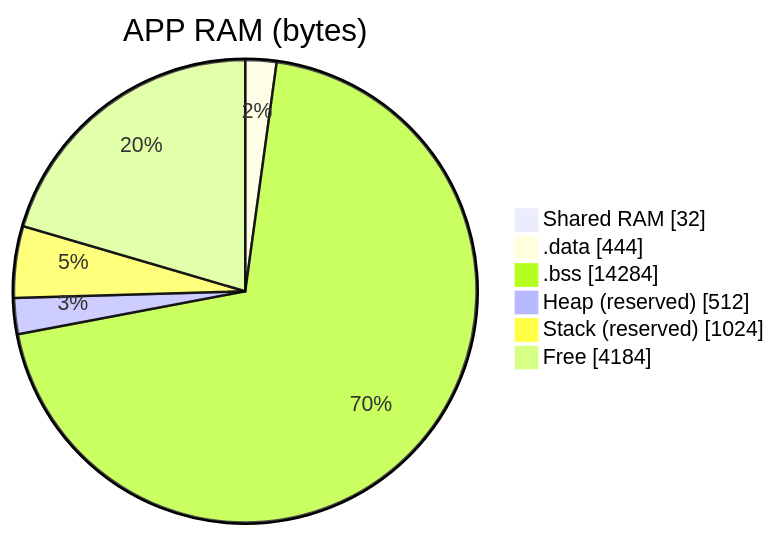
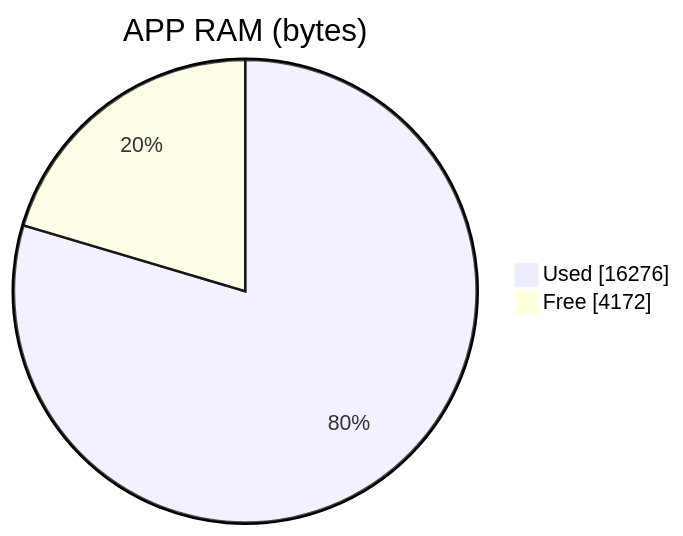
The second of 6 diagrams in README.md (Marks100/HUB), drawn with Mermaid before and after one commit. The commit also changed other lines of this file and 11 other files, not shown here.

````diff
--- a/README.md
+++ b/README.md
@@ -27,9 +25,5 @@
 ```mermaid
 pie showData title APP RAM (bytes)
-    "Shared RAM" : 32
-    ".data" : 444
-    ".bss" : 14284
-    "Heap (reserved)" : 512
-    "Stack (reserved)" : 1024
-    "Free" : 4184
+    "Used" : 16276
+    "Free" : 4172
 ```
````
